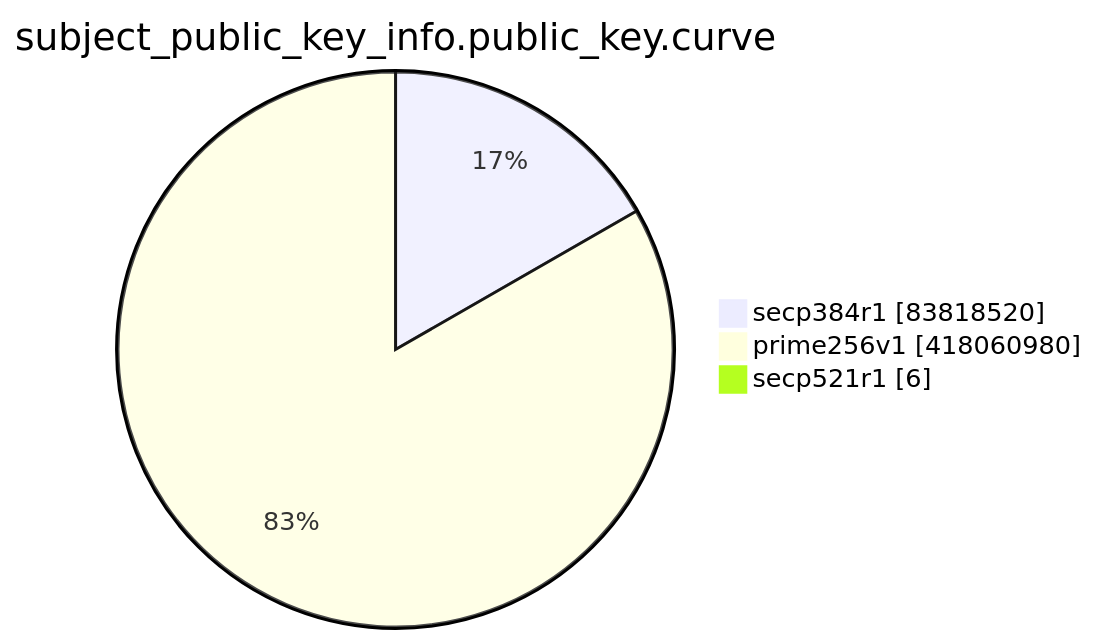
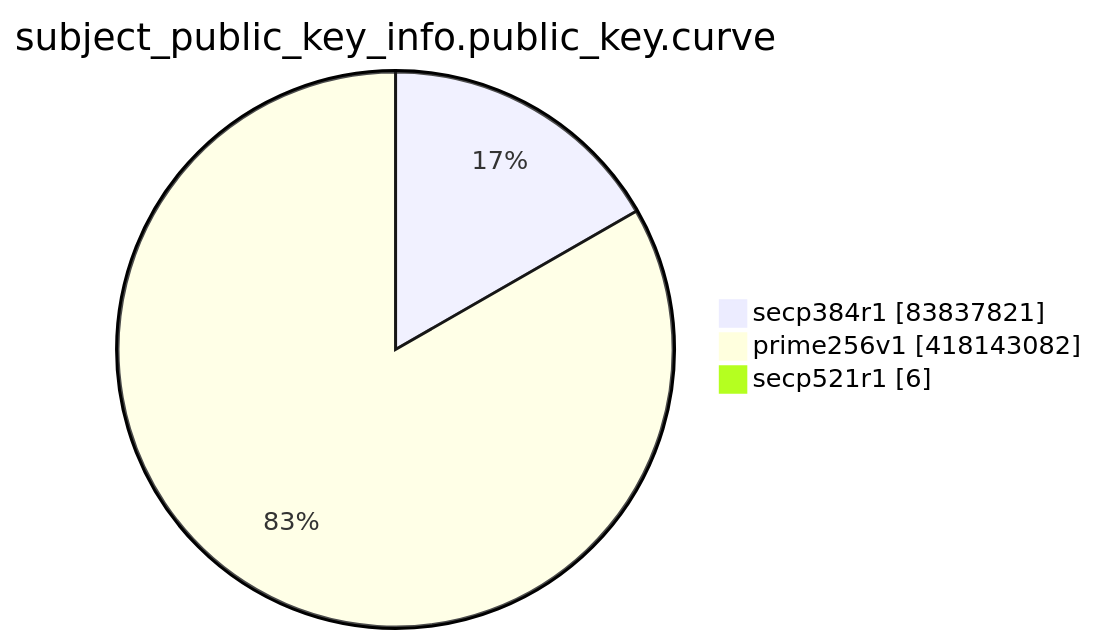
Before and after one commit to christiankrug/ctmonitor_visualization: the eighth of 15 diagrams in TOTAL/README.md, drawn with Mermaid. The commit also changed other lines of this file, not shown here.

````diff
--- a/TOTAL/README.md
+++ b/TOTAL/README.md
@@ -3098,7 +3098,7 @@
 ```mermaid
 pie showData
 title subject_public_key_info.public_key.curve
-"secp384r1" :83818520
-"prime256v1" :418060980
+"secp384r1" :83837821
+"prime256v1" :418143082
 "secp521r1" :6
 ```
````
